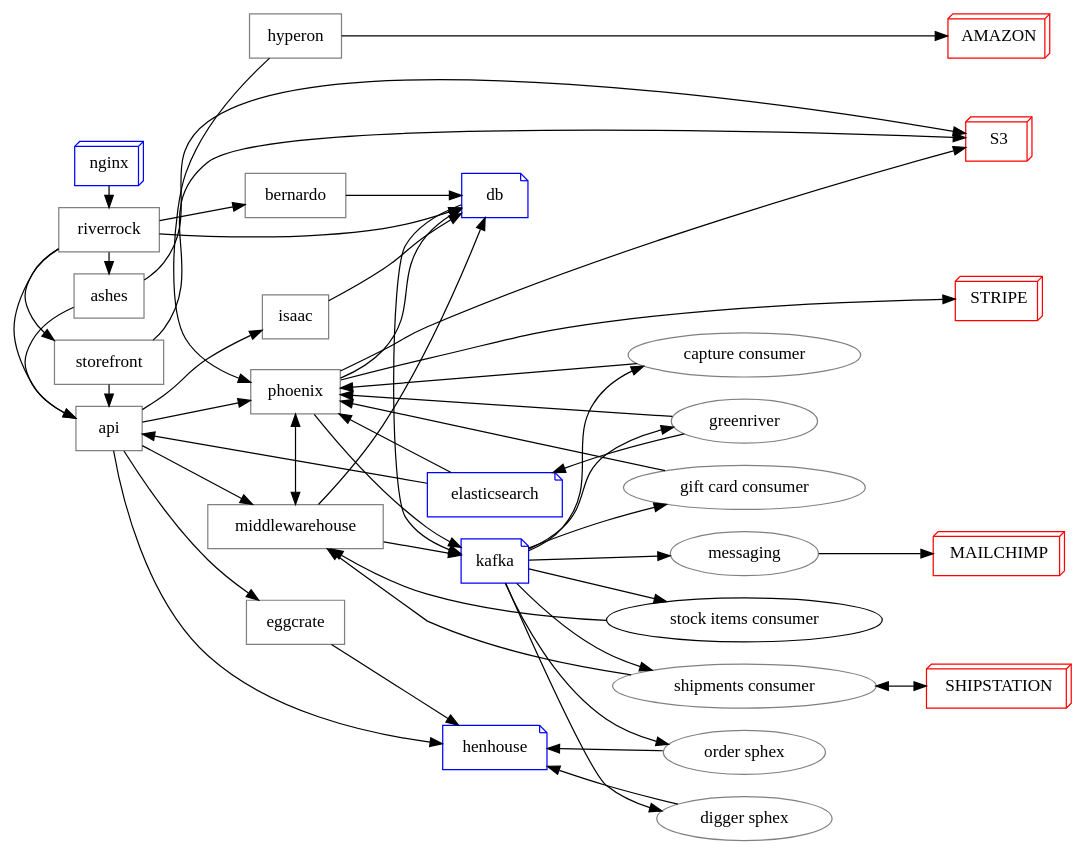
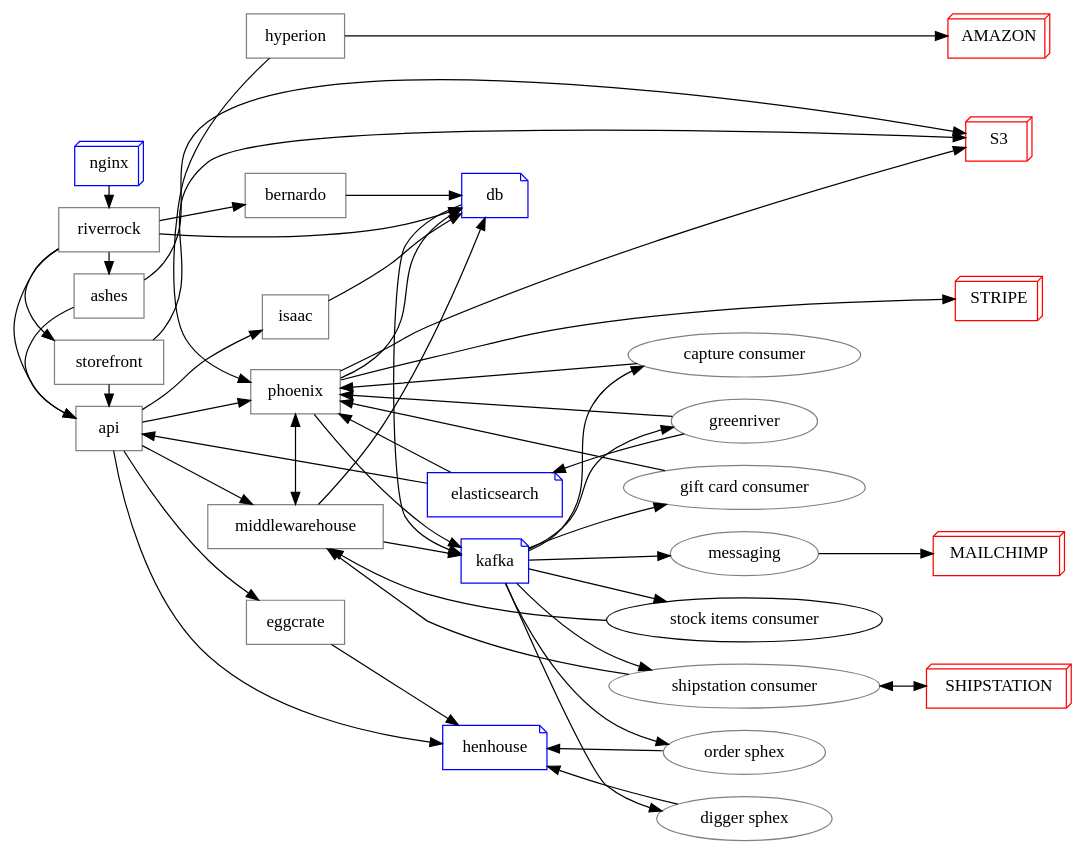
The diagram in engineering-wiki/diagrams/system/system.dot (FoxComm/highlander), drawn with Graphviz before and after one commit. The commit also changed 2 other files, not shown here.

Commit message:
Hot fix, typos in system diagrams.

```diff
--- a/engineering-wiki/diagrams/system/system.dot
+++ b/engineering-wiki/diagrams/system/system.dot
@@ -1,100 +1,100 @@
 digraph {
     overlap=false;
     rankdir=LR;
 
     subgraph {
         rank=min;
         nginx [shape=box3d,color=blue];
         riverrock [shape=rectangle,color=gray];
         storefront [shape=rectangle,color=gray];
         ashes [shape=rectangle,color=gray];
         api [shape=rectangle,color=gray];
     }
 
     subgraph {
         rank=same;
         phoenix [shape=rectangle,color=gray];
         middlewarehouse [shape=rectangle,color=gray];
         eggcrate [shape=rectangle,color=gray];
-        hyperon [shape=rectangle,color=gray];
+        hyperion [shape=rectangle,color=gray];
         isaac [shape=rectangle,color=gray];
         bernardo [shape=rectangle,color=gray];
     }         
 
     subgraph { 
         rank=same;
         greenriver [color=gray];
         "capture consumer" [color=gray];
         "gift card consumer" [color=gray];
         "order sphex" [color=gray];
         "digger sphex" [color=gray];
         "messaging" [color=gray];
-        "shipments consumer" [color=gray];
+        "shipstation consumer" [color=gray];
     }
 
     subgraph {
         rank=same;
         henhouse [shape=note,color=blue]; 
         db [shape=note,color=blue]; 
         kafka [shape=note,color=blue];
         elasticsearch [shape=note,color=blue];
     }
 
     subgraph { 
         rank=max;
         SHIPSTATION [shape=box3d,color=red];
         STRIPE [shape=box3d,color=red];
         MAILCHIMP [shape=box3d,color=red];
         S3 [shape=box3d,color=red];
         AMAZON [shape=box3d,color=red];
     }
 
     "capture consumer" -> phoenix;
     "digger sphex" -> henhouse;
     "order sphex" -> henhouse;
-    "shipments consumer" -> SHIPSTATION [dir=both];
-    "shipments consumer" -> middlewarehouse;
+    "shipstation consumer" -> SHIPSTATION [dir=both];
+    "shipstation consumer" -> middlewarehouse;
     "stock items consumer" -> middlewarehouse;
     "gift card consumer" -> phoenix;
     api -> eggcrate;
     api -> henhouse;
     api -> isaac;
     api -> middlewarehouse;
     api -> phoenix;
     ashes -> S3;
     ashes -> api;
     bernardo -> db;
     db -> kafka;
     eggcrate -> henhouse;
     elasticsearch -> api;
     elasticsearch -> phoenix;
     greenriver -> elasticsearch;
     greenriver -> phoenix;
-    hyperon -> AMAZON;
-    hyperon -> phoenix;
+    hyperion -> AMAZON;
+    hyperion -> phoenix;
     isaac -> db;
     kafka -> "capture consumer";
     kafka -> "digger sphex";
     kafka -> "gift card consumer";
     kafka -> "order sphex";
-    kafka -> "shipments consumer";
+    kafka -> "shipstation consumer";
     kafka -> "stock items consumer";
     kafka -> greenriver;
     kafka -> messaging;
     messaging -> MAILCHIMP;
     middlewarehouse -> db;
     middlewarehouse -> kafka;
     nginx -> riverrock;
     phoenix -> S3;
     phoenix -> STRIPE;
     phoenix -> db;
     phoenix -> kafka;
     phoenix -> middlewarehouse [dir=both];
     riverrock -> api;
     riverrock -> ashes
     riverrock -> bernardo;
     riverrock -> db;
     riverrock -> storefront;
     storefront -> S3;
     storefront -> api;
 }
```
